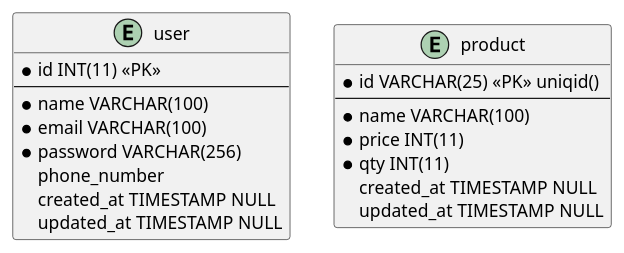
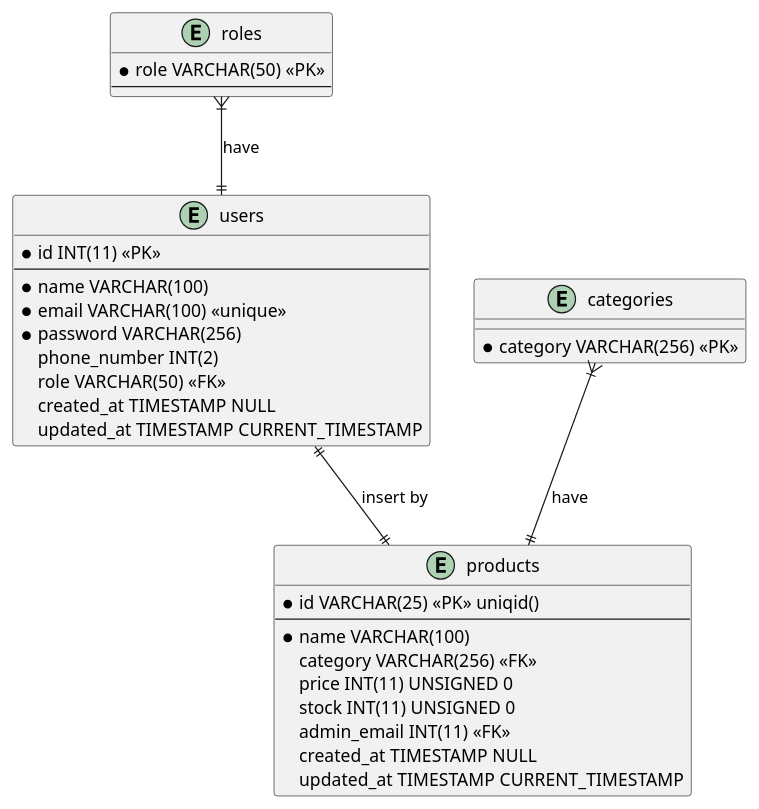
Before and after one commit to doniduaasattuu/product-inventory: the diagram in docs/product-inventory.puml, drawn with PlantUML. The commit also changed 54 other files, not shown here.

```diff
--- a/docs/product-inventory.puml
+++ b/docs/product-inventory.puml
@@ -1,26 +1,40 @@
 @startuml product inventory
 
-     entity user {
+    entity roles {
+        * role VARCHAR(50) <<PK>>
+        --
+    }
+
+    entity users {
         * id INT(11) <<PK>>
         --
         * name VARCHAR(100)
-        * email VARCHAR(100)
+        * email VARCHAR(100) <<unique>>
         * password VARCHAR(256)
-          phone_number
+          phone_number INT(2)
+          role VARCHAR(50) <<FK>>
           created_at TIMESTAMP NULL
-          updated_at TIMESTAMP NULL
+          updated_at TIMESTAMP CURRENT_TIMESTAMP
     }
 
-    entity product {
+    entity categories {
+        * category VARCHAR(256) <<PK>>
+    }
+
+    entity products {
         * id VARCHAR(25) <<PK>> uniqid()
         --
         * name VARCHAR(100)
-        * price INT(11)
-        * qty INT(11)
+          category VARCHAR(256) <<FK>>
+          price INT(11) UNSIGNED 0
+          stock INT(11) UNSIGNED 0
+          admin_email INT(11) <<FK>>
           created_at TIMESTAMP NULL
-          updated_at TIMESTAMP NULL
+          updated_at TIMESTAMP CURRENT_TIMESTAMP
     }
 
-   
+   roles }|--|| users : have
+   categories }|--|| products : have
+   users ||--|| products : insert by
 
 @enduml
```
